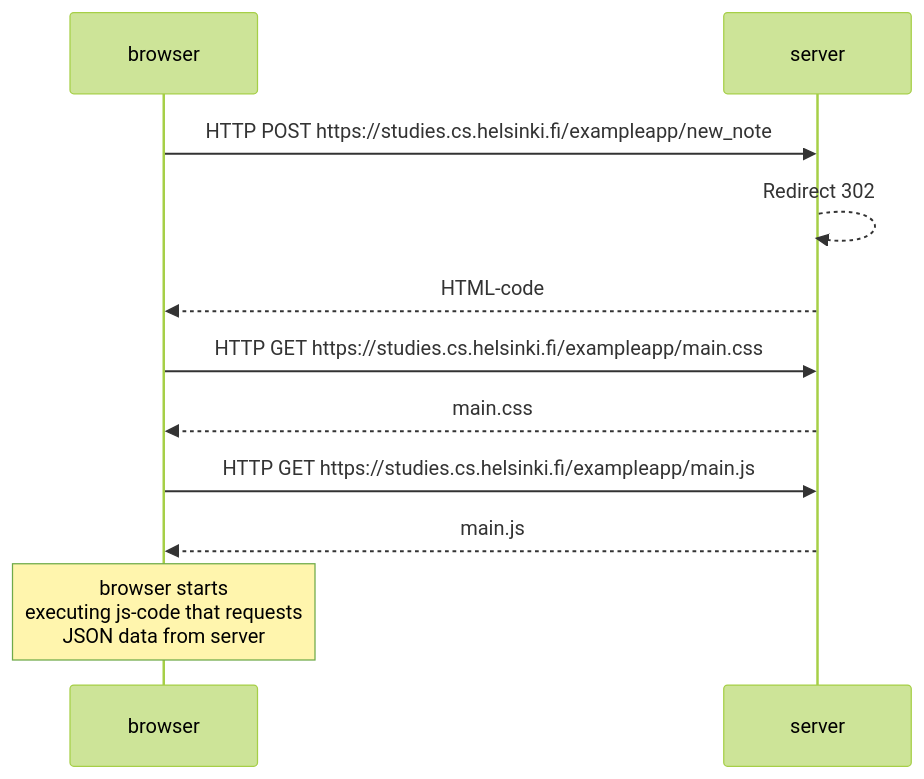
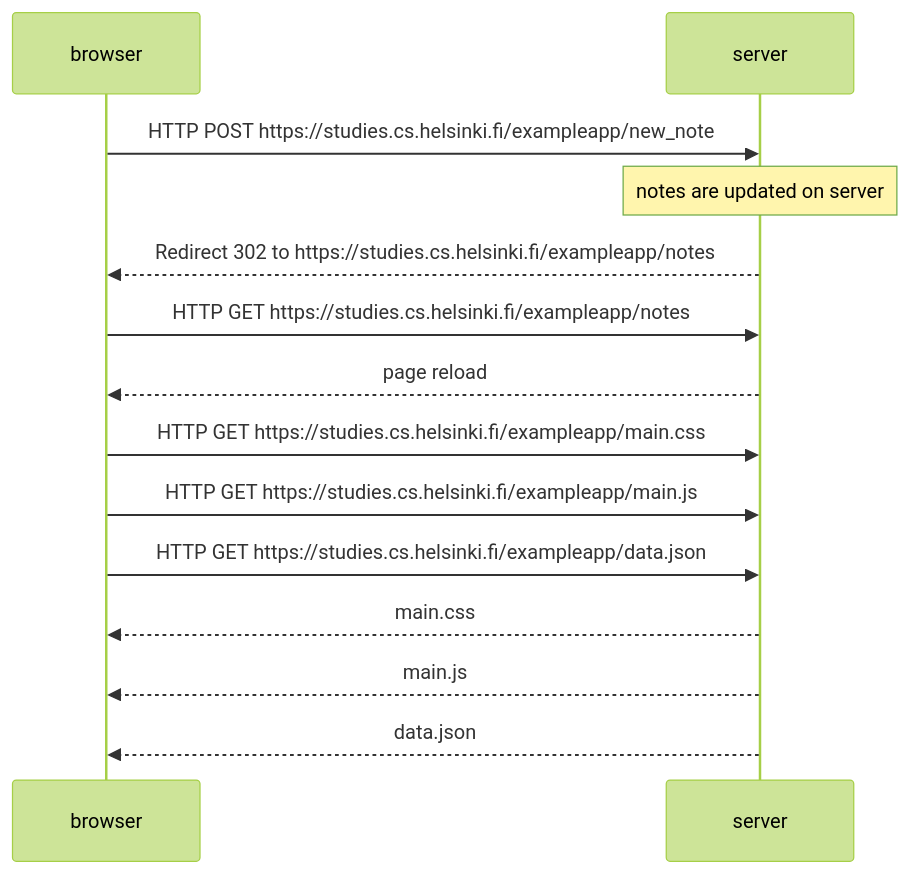
Before and after one commit to dmitriykodenskiy/react_training: the diagram in README.md, drawn with Mermaid (forest theme). The commit also changed 1 other file, not shown here.

````diff
--- a/README.md
+++ b/README.md
@@ -3,12 +3,16 @@
 ```mermaid
   sequenceDiagram
         browser->>server: HTTP POST https://studies.cs.helsinki.fi/exampleapp/new_note
-        server-->>server: Redirect 302
-        server-->>browser: HTML-code
+
+        Note over server: notes are updated on server
+
+        server-->>browser: Redirect 302 to https://studies.cs.helsinki.fi/exampleapp/notes
+        browser->>server: HTTP GET https://studies.cs.helsinki.fi/exampleapp/notes
+        server-->>browser: page reload
         browser->>server: HTTP GET https://studies.cs.helsinki.fi/exampleapp/main.css
+        browser->>server: HTTP GET https://studies.cs.helsinki.fi/exampleapp/main.js
+        browser->>server: HTTP GET https://studies.cs.helsinki.fi/exampleapp/data.json
         server-->>browser: main.css
-        browser->>server: HTTP GET https://studies.cs.helsinki.fi/exampleapp/main.js
         server-->>browser: main.js
-
-        Note over browser: browser starts <br> executing js-code that requests <br> JSON data from server 
+        server-->>browser: data.json
 ```
````
